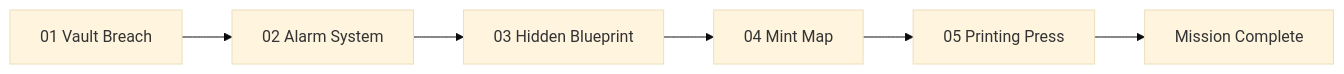
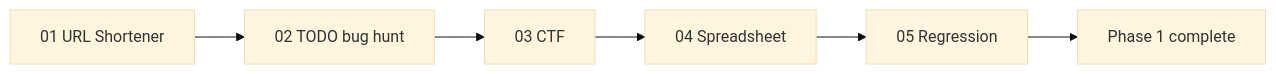
Before and after one commit to adishshah29-eng/Codeverse_Merge: the diagram in docs/PHASE1_GAME_GUIDE.md, drawn with Mermaid (base theme). The commit also changed other lines of this file and 91 other files, not shown here.

First line of the commit message:
Phase 1: replace Royal Mint Heist with the five-challenge Challenge Arena

````diff
--- a/docs/PHASE1_GAME_GUIDE.md
+++ b/docs/PHASE1_GAME_GUIDE.md
@@ -19,8 +57,8 @@
 ```mermaid
 flowchart LR
-    A[01 Vault Breach] --> B[02 Alarm System]
-    B --> C[03 Hidden Blueprint]
-    C --> D[04 Mint Map]
-    D --> E[05 Printing Press]
-    E --> F[Mission Complete]
+    A[01 URL Shortener] --> B[02 TODO bug hunt]
+    B --> C[03 CTF]
+    C --> D[04 Spreadsheet]
+    D --> E[05 Regression]
+    E --> F[Phase 1 complete]
 ```
````
